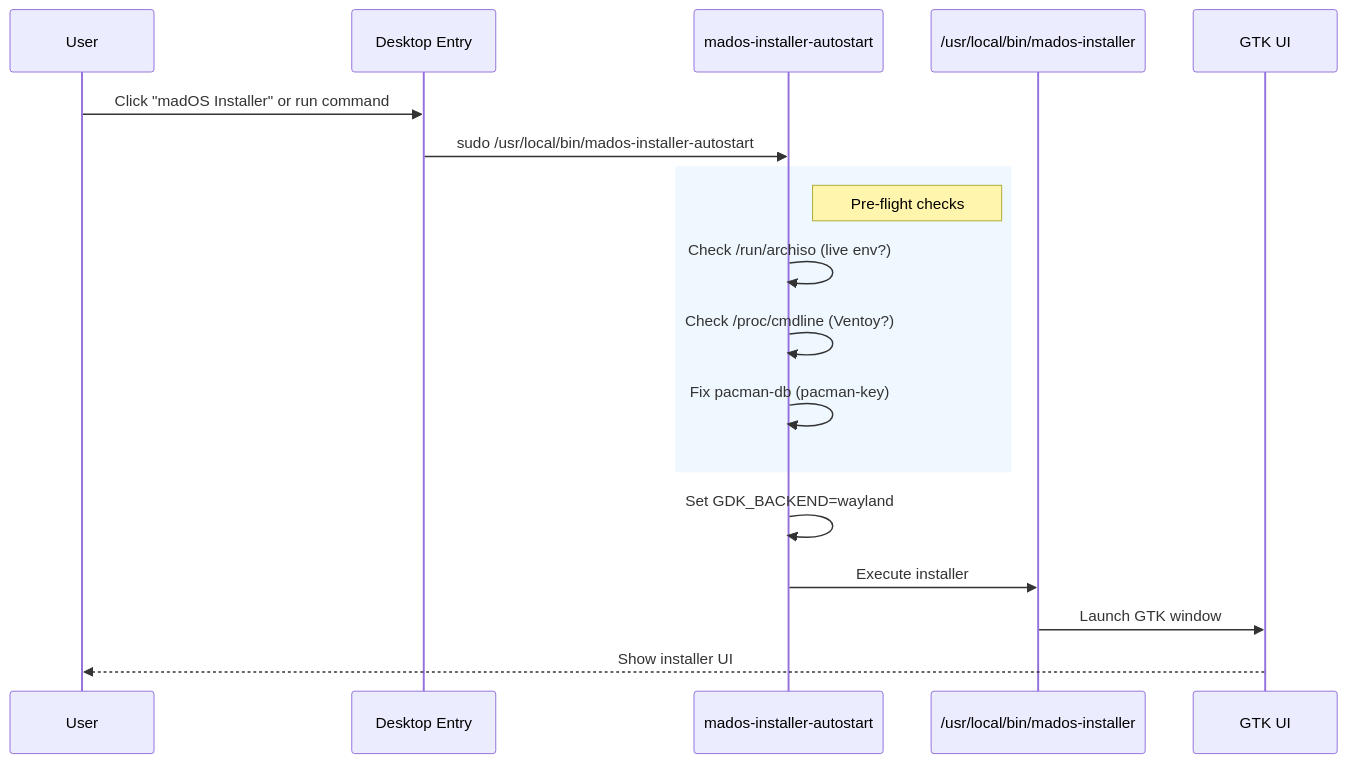
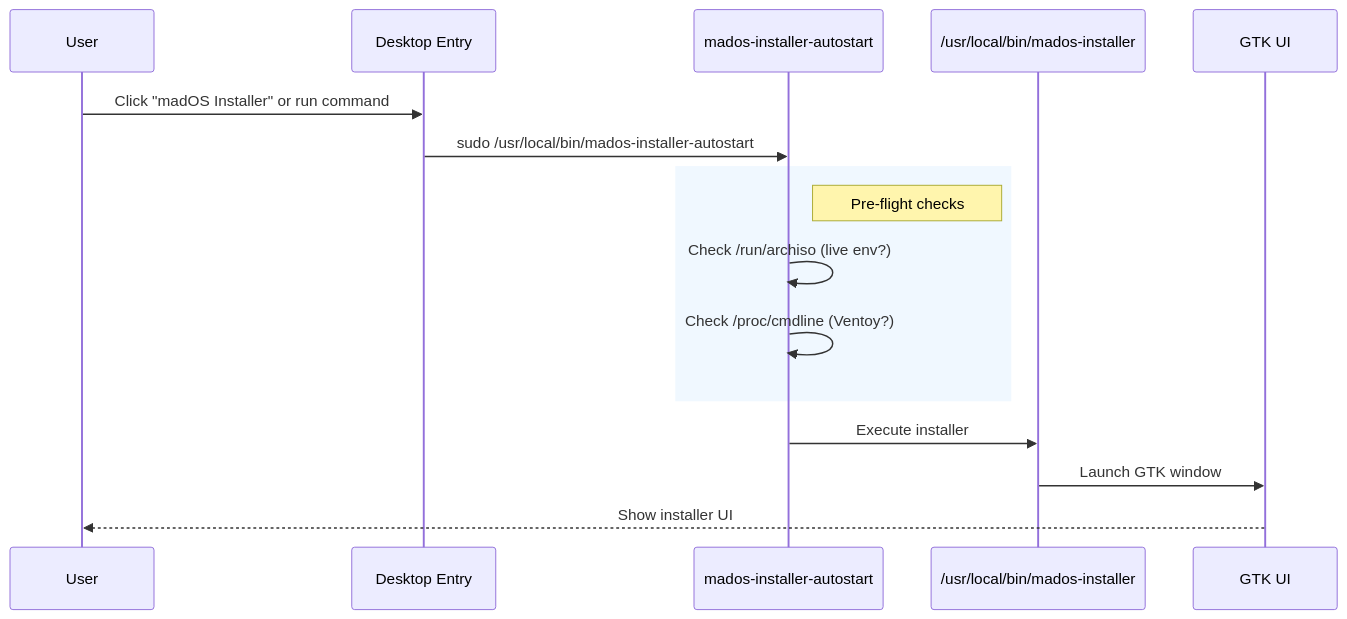
One commit to madoslinux/mad-os changed the third of 5 diagrams in docs/SEQUENCE_DIAGRAMS.md. Above: the diagram before and after it, drawn with Mermaid. The commit also changed other lines of this file and 8 other files, not shown here.

````diff
--- a/docs/SEQUENCE_DIAGRAMS.md
+++ b/docs/SEQUENCE_DIAGRAMS.md
@@ -67,23 +66,21 @@
 ```mermaid
 sequenceDiagram
     participant U as User
     participant D as Desktop Entry
     participant A as mados-installer-autostart
     participant I as /usr/local/bin/mados-installer
     participant G as GTK UI
 
     U->>D: Click "madOS Installer" or run command
     D->>A: sudo /usr/local/bin/mados-installer-autostart
     
     rect rgb(240, 248, 255)
         note right of A: Pre-flight checks
         A->>A: Check /run/archiso (live env?)
         A->>A: Check /proc/cmdline (Ventoy?)
-        A->>A: Fix pacman-db (pacman-key)
     end
-    
-    A->>A: Set GDK_BACKEND=wayland
+
     A->>I: Execute installer
     I->>G: Launch GTK window
     G-->>U: Show installer UI
 ```
````
